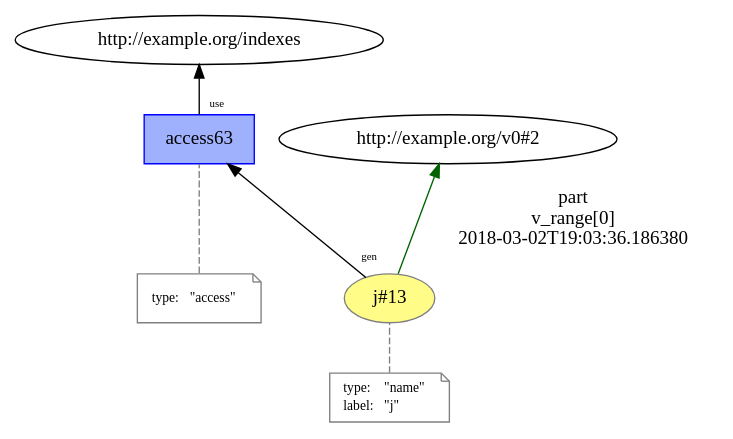
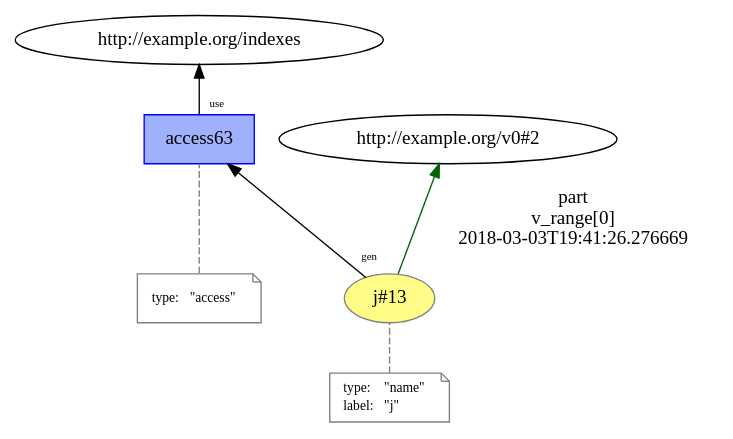
Before and after one commit to dew-uff/versioned-prov: the diagram in mutable_prov/temp/L13__loop_access_13.dot, drawn with Graphviz. The commit also changed 1451 other files, not shown here.

```diff
--- a/mutable_prov/temp/L13__loop_access_13.dot
+++ b/mutable_prov/temp/L13__loop_access_13.dot
@@ -1,27 +1,27 @@
 digraph "PROV" { size="16,12"; rankdir="BT";
 "http://example.org/j#13" [fillcolor="#FFFC87",color="#808080",style="filled",label="j#13",URL="http://example.org/j#13"]
 "-attrs0" [color="gray",shape="note",fontsize="10",fontcolor="black",label=<<TABLE cellpadding="0" border="0">
 	<TR>
 	    <TD align="left">type:</TD>
 	    <TD align="left">&quot;name&quot;</TD>
 	</TR>
 	<TR>
 	    <TD align="left">label:</TD>
 	    <TD align="left">&quot;j&quot;</TD>
 	</TR>
 </TABLE>>]
 "-attrs0" -> "http://example.org/j#13" [color="gray",style="dashed",arrowhead="none"]
 "http://example.org/j#13" -> "http://example.org/v0#2" [labelfontsize="8",labeldistance="1.5",color="darkgreen",labelangle="60.0",rotation="20",label="part
 v_range[0]
-2018-03-02T19:03:36.186380"]
+2018-03-03T19:41:26.276669"]
 "http://example.org/access63" [fillcolor="#9FB1FC",color="#0000FF",shape="polygon",sides="4",style="filled",label="access63",URL="http://example.org/access63"]
 "-attrs1" [color="gray",shape="note",fontsize="10",fontcolor="black",label=<<TABLE cellpadding="0" border="0">
 	<TR>
 	    <TD align="left">type:</TD>
 	    <TD align="left">&quot;access&quot;</TD>
 	</TR>
 </TABLE>>]
 "-attrs1" -> "http://example.org/access63" [color="gray",style="dashed",arrowhead="none"]
 "http://example.org/access63" -> "http://example.org/indexes" [labelfontsize="8",labeldistance="1.5",labelangle="60.0",rotation="20",taillabel="use"]
 "http://example.org/j#13" -> "http://example.org/access63" [labelfontsize="8",labeldistance="1.5",labelangle="60.0",rotation="20",taillabel="gen"]
 }
```
